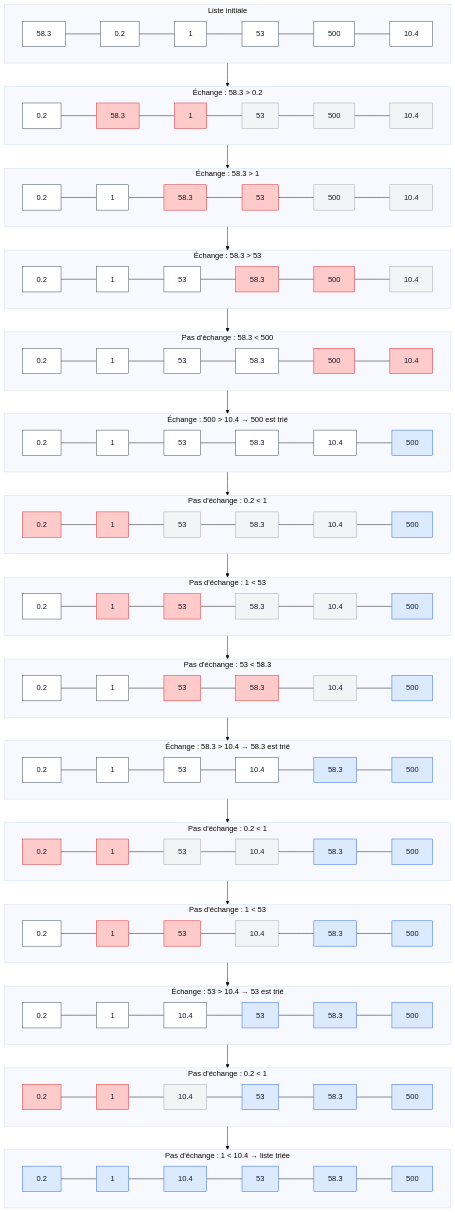
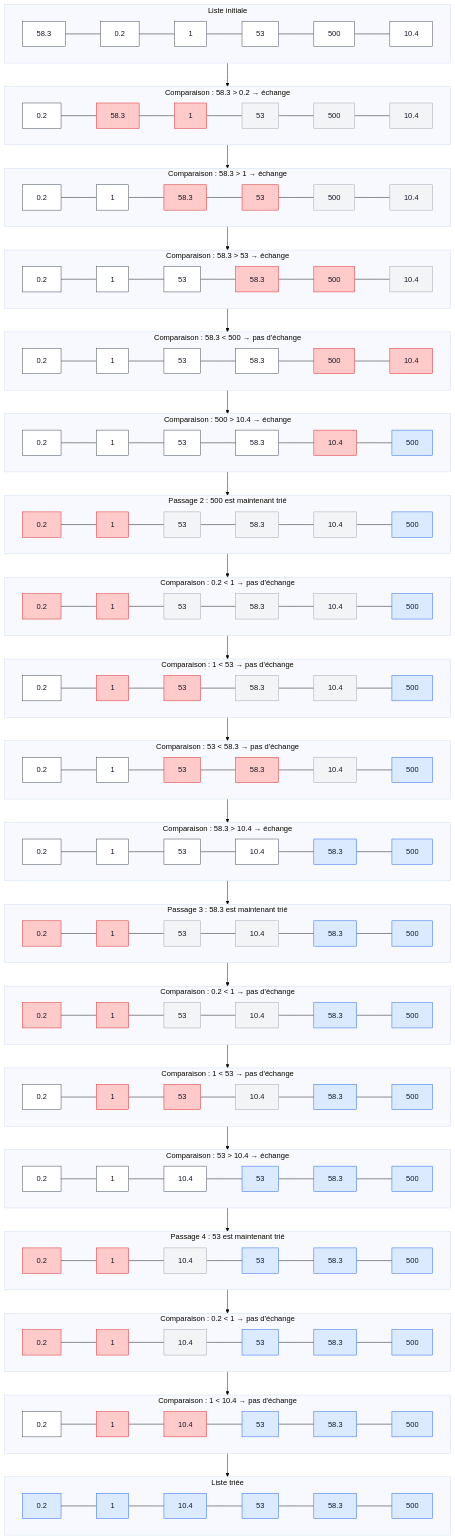
Before and after one commit to Ogust1-off/Informatique: the third of 3 diagrams in cours.md, drawn with Mermaid (base theme). The commit also changed other lines of this file, not shown here.

````diff
--- a/cours.md
+++ b/cours.md
@@ -958,79 +966,111 @@
 classDef selected fill:#fecaca,stroke:#dc2626,color:#111827;
 classDef unsorted fill:#f3f4f6,stroke:#9ca3af,color:#111827;
 
+%% ─────────────── LISTE INITIALE ───────────────
+
 subgraph ETAPE0["Liste initiale"]
 direction LR
 e0_0["58.3"]:::normal --- e0_1["0.2"]:::normal --- e0_2["1"]:::normal --- e0_3["53"]:::normal --- e0_4["500"]:::normal --- e0_5["10.4"]:::normal
 end
 
-subgraph ETAPE1["Échange : 58.3 > 0.2"]
+%% ─────────────── PASSAGE 1 ───────────────
+
+subgraph ETAPE1["Comparaison : 58.3 > 0.2 → échange"]
 direction LR
 e1_0["0.2"]:::normal --- e1_1["58.3"]:::selected --- e1_2["1"]:::selected --- e1_3["53"]:::unsorted --- e1_4["500"]:::unsorted --- e1_5["10.4"]:::unsorted
 end
 
-subgraph ETAPE2["Échange : 58.3 > 1"]
+subgraph ETAPE2["Comparaison : 58.3 > 1 → échange"]
 direction LR
 e2_0["0.2"]:::normal --- e2_1["1"]:::normal --- e2_2["58.3"]:::selected --- e2_3["53"]:::selected --- e2_4["500"]:::unsorted --- e2_5["10.4"]:::unsorted
 end
 
-subgraph ETAPE3["Échange : 58.3 > 53"]
+subgraph ETAPE3["Comparaison : 58.3 > 53 → échange"]
 direction LR
 e3_0["0.2"]:::normal --- e3_1["1"]:::normal --- e3_2["53"]:::normal --- e3_3["58.3"]:::selected --- e3_4["500"]:::selected --- e3_5["10.4"]:::unsorted
 end
 
-subgraph ETAPE4["Pas d'échange : 58.3 < 500"]
+subgraph ETAPE4["Comparaison : 58.3 < 500 → pas d'échange"]
 direction LR
 e4_0["0.2"]:::normal --- e4_1["1"]:::normal --- e4_2["53"]:::normal --- e4_3["58.3"]:::normal --- e4_4["500"]:::selected --- e4_5["10.4"]:::selected
 end
 
-subgraph ETAPE5["Échange : 500 > 10.4 → 500 est trié"]
+subgraph ETAPE5["Comparaison : 500 > 10.4 → échange"]
 direction LR
-e5_0["0.2"]:::normal --- e5_1["1"]:::normal --- e5_2["53"]:::normal --- e5_3["58.3"]:::normal --- e5_4["10.4"]:::normal --- e5_5["500"]:::sorted
+e5_0["0.2"]:::normal --- e5_1["1"]:::normal --- e5_2["53"]:::normal --- e5_3["58.3"]:::normal --- e5_4["10.4"]:::selected --- e5_5["500"]:::sorted
 end
 
-subgraph ETAPE6["Pas d'échange : 0.2 < 1"]
+%% ─────────────── PASSAGE 2 ───────────────
+
+subgraph ETAPE6["Passage 2 : 500 est maintenant trié"]
 direction LR
 e6_0["0.2"]:::selected --- e6_1["1"]:::selected --- e6_2["53"]:::unsorted --- e6_3["58.3"]:::unsorted --- e6_4["10.4"]:::unsorted --- e6_5["500"]:::sorted
 end
 
-subgraph ETAPE7["Pas d'échange : 1 < 53"]
+subgraph ETAPE7["Comparaison : 0.2 < 1 → pas d'échange"]
 direction LR
-e7_0["0.2"]:::normal --- e7_1["1"]:::selected --- e7_2["53"]:::selected --- e7_3["58.3"]:::unsorted --- e7_4["10.4"]:::unsorted --- e7_5["500"]:::sorted
+e7_0["0.2"]:::selected --- e7_1["1"]:::selected --- e7_2["53"]:::unsorted --- e7_3["58.3"]:::unsorted --- e7_4["10.4"]:::unsorted --- e7_5["500"]:::sorted
 end
 
-subgraph ETAPE8["Pas d'échange : 53 < 58.3"]
+subgraph ETAPE8["Comparaison : 1 < 53 → pas d'échange"]
 direction LR
-e8_0["0.2"]:::normal --- e8_1["1"]:::normal --- e8_2["53"]:::selected --- e8_3["58.3"]:::selected --- e8_4["10.4"]:::unsorted --- e8_5["500"]:::sorted
+e8_0["0.2"]:::normal --- e8_1["1"]:::selected --- e8_2["53"]:::selected --- e8_3["58.3"]:::unsorted --- e8_4["10.4"]:::unsorted --- e8_5["500"]:::sorted
 end
 
-subgraph ETAPE9["Échange : 58.3 > 10.4 → 58.3 est trié"]
+subgraph ETAPE9["Comparaison : 53 < 58.3 → pas d'échange"]
 direction LR
-e9_0["0.2"]:::normal --- e9_1["1"]:::normal --- e9_2["53"]:::normal --- e9_3["10.4"]:::normal --- e9_4["58.3"]:::sorted --- e9_5["500"]:::sorted
+e9_0["0.2"]:::normal --- e9_1["1"]:::normal --- e9_2["53"]:::selected --- e9_3["58.3"]:::selected --- e9_4["10.4"]:::unsorted --- e9_5["500"]:::sorted
 end
 
-subgraph ETAPE10["Pas d'échange : 0.2 < 1"]
+subgraph ETAPE10["Comparaison : 58.3 > 10.4 → échange"]
 direction LR
-e10_0["0.2"]:::selected --- e10_1["1"]:::selected --- e10_2["53"]:::unsorted --- e10_3["10.4"]:::unsorted --- e10_4["58.3"]:::sorted --- e10_5["500"]:::sorted
+e10_0["0.2"]:::normal --- e10_1["1"]:::normal --- e10_2["53"]:::normal --- e10_3["10.4"]:::normal --- e10_4["58.3"]:::sorted --- e10_5["500"]:::sorted
 end
 
-subgraph ETAPE11["Pas d'échange : 1 < 53"]
+%% ─────────────── PASSAGE 3 ───────────────
+
+subgraph ETAPE11["Passage 3 : 58.3 est maintenant trié"]
 direction LR
-e11_0["0.2"]:::normal --- e11_1["1"]:::selected --- e11_2["53"]:::selected --- e11_3["10.4"]:::unsorted --- e11_4["58.3"]:::sorted --- e11_5["500"]:::sorted
+e11_0["0.2"]:::selected --- e11_1["1"]:::selected --- e11_2["53"]:::unsorted --- e11_3["10.4"]:::unsorted --- e11_4["58.3"]:::sorted --- e11_5["500"]:::sorted
 end
 
-subgraph ETAPE12["Échange : 53 > 10.4 → 53 est trié"]
+subgraph ETAPE12["Comparaison : 0.2 < 1 → pas d'échange"]
 direction LR
-e12_0["0.2"]:::normal --- e12_1["1"]:::normal --- e12_2["10.4"]:::normal --- e12_3["53"]:::sorted --- e12_4["58.3"]:::sorted --- e12_5["500"]:::sorted
+e12_0["0.2"]:::selected --- e12_1["1"]:::selected --- e12_2["53"]:::unsorted --- e12_3["10.4"]:::unsorted --- e12_4["58.3"]:::sorted --- e12_5["500"]:::sorted
 end
 
-subgraph ETAPE13["Pas d'échange : 0.2 < 1"]
+subgraph ETAPE13["Comparaison : 1 < 53 → pas d'échange"]
 direction LR
-e13_0["0.2"]:::selected --- e13_1["1"]:::selected --- e13_2["10.4"]:::unsorted --- e13_3["53"]:::sorted --- e13_4["58.3"]:::sorted --- e13_5["500"]:::sorted
+e13_0["0.2"]:::normal --- e13_1["1"]:::selected --- e13_2["53"]:::selected --- e13_3["10.4"]:::unsorted --- e13_4["58.3"]:::sorted --- e13_5["500"]:::sorted
 end
 
-subgraph ETAPE14["Pas d'échange : 1 < 10.4 → liste triée"]
+subgraph ETAPE14["Comparaison : 53 > 10.4 → échange"]
 direction LR
-e14_0["0.2"]:::sorted --- e14_1["1"]:::sorted --- e14_2["10.4"]:::sorted --- e14_3["53"]:::sorted --- e14_4["58.3"]:::sorted --- e14_5["500"]:::sorted
+e14_0["0.2"]:::normal --- e14_1["1"]:::normal --- e14_2["10.4"]:::normal --- e14_3["53"]:::sorted --- e14_4["58.3"]:::sorted --- e14_5["500"]:::sorted
+end
+
+%% ─────────────── PASSAGE 4 ───────────────
+
+subgraph ETAPE15["Passage 4 : 53 est maintenant trié"]
+direction LR
+e15_0["0.2"]:::selected --- e15_1["1"]:::selected --- e15_2["10.4"]:::unsorted --- e15_3["53"]:::sorted --- e15_4["58.3"]:::sorted --- e15_5["500"]:::sorted
+end
+
+subgraph ETAPE16["Comparaison : 0.2 < 1 → pas d'échange"]
+direction LR
+e16_0["0.2"]:::selected --- e16_1["1"]:::selected --- e16_2["10.4"]:::unsorted --- e16_3["53"]:::sorted --- e16_4["58.3"]:::sorted --- e16_5["500"]:::sorted
+end
+
+subgraph ETAPE17["Comparaison : 1 < 10.4 → pas d'échange"]
+direction LR
+e17_0["0.2"]:::normal --- e17_1["1"]:::selected --- e17_2["10.4"]:::selected --- e17_3["53"]:::sorted --- e17_4["58.3"]:::sorted --- e17_5["500"]:::sorted
+end
+
+%% ─────────────── RÉSULTAT ───────────────
+
+subgraph ETAPE18["Liste triée"]
+direction LR
+e18_0["0.2"]:::sorted --- e18_1["1"]:::sorted --- e18_2["10.4"]:::sorted --- e18_3["53"]:::sorted --- e18_4["58.3"]:::sorted --- e18_5["500"]:::sorted
 end
 
 ETAPE0 --> ETAPE1
@@ -1047,4 +1087,8 @@
 ETAPE11 --> ETAPE12
 ETAPE12 --> ETAPE13
 ETAPE13 --> ETAPE14
+ETAPE14 --> ETAPE15
+ETAPE15 --> ETAPE16
+ETAPE16 --> ETAPE17
+ETAPE17 --> ETAPE18
 ```
````
